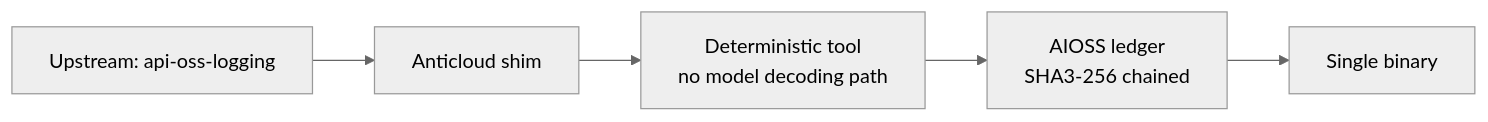
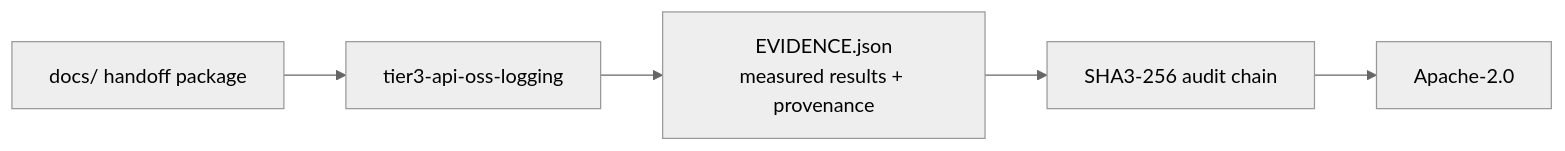
Before and after one commit to the-anticloud/tier3-api-oss-logging: the diagram in README.md, drawn with Mermaid (neutral theme). The commit also changed other lines of this file and 10 other files, not shown here.

````diff
--- a/README.md
+++ b/README.md
@@ -11,7 +22,7 @@
 ```mermaid
 graph LR
-    U[Upstream: api-oss-logging] --> S[Anticloud shim]
-    S --> T[Deterministic tool<br/>no model decoding path]
-    T --> A[AIOSS ledger<br/>SHA3-256 chained]
-    A --> B[Single binary]
+    D[docs/ handoff package] --> R[tier3-api-oss-logging]
+    R --> E[EVIDENCE.json\nmeasured results + provenance]
+    E --> A[SHA3-256 audit chain]
+    A --> L[Apache-2.0]
 ```
````
